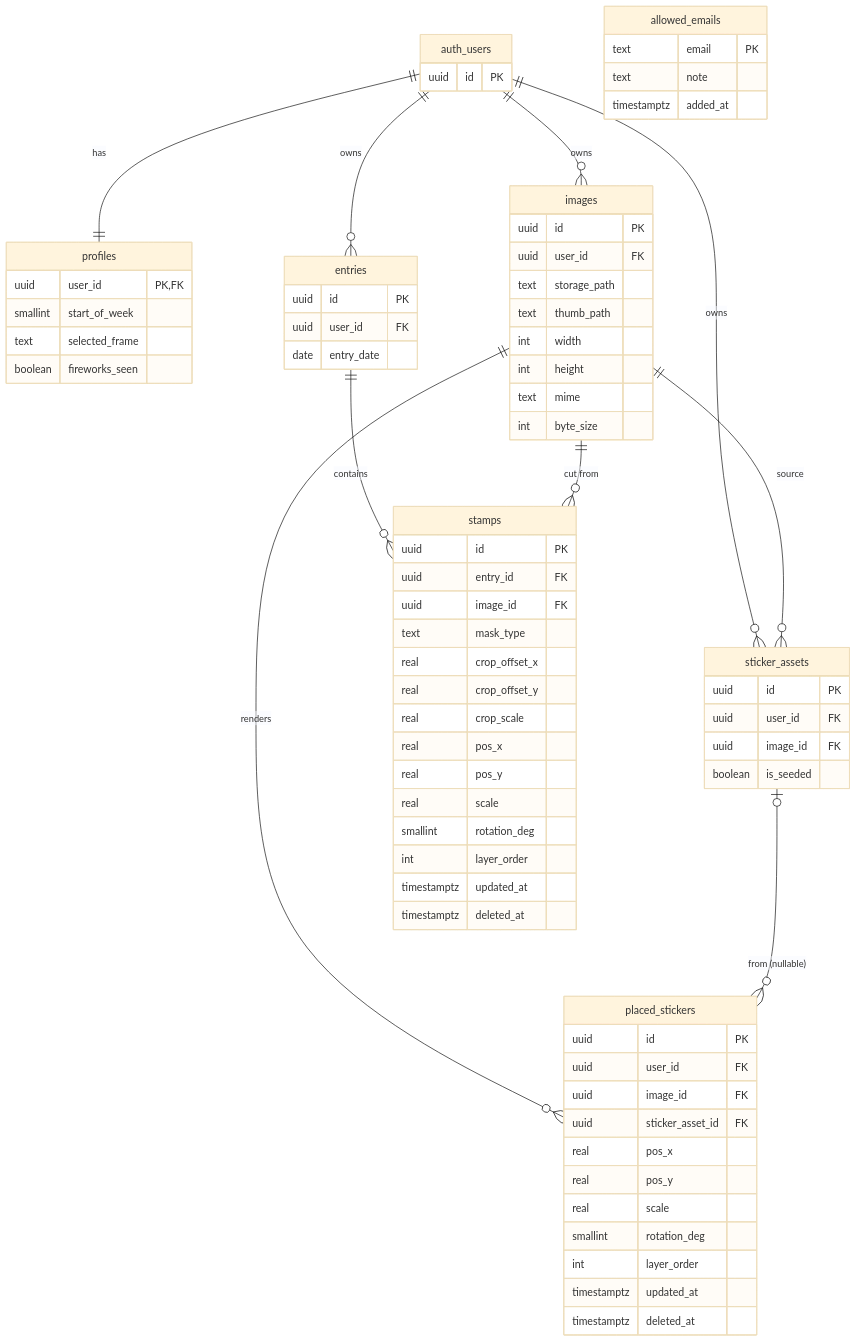
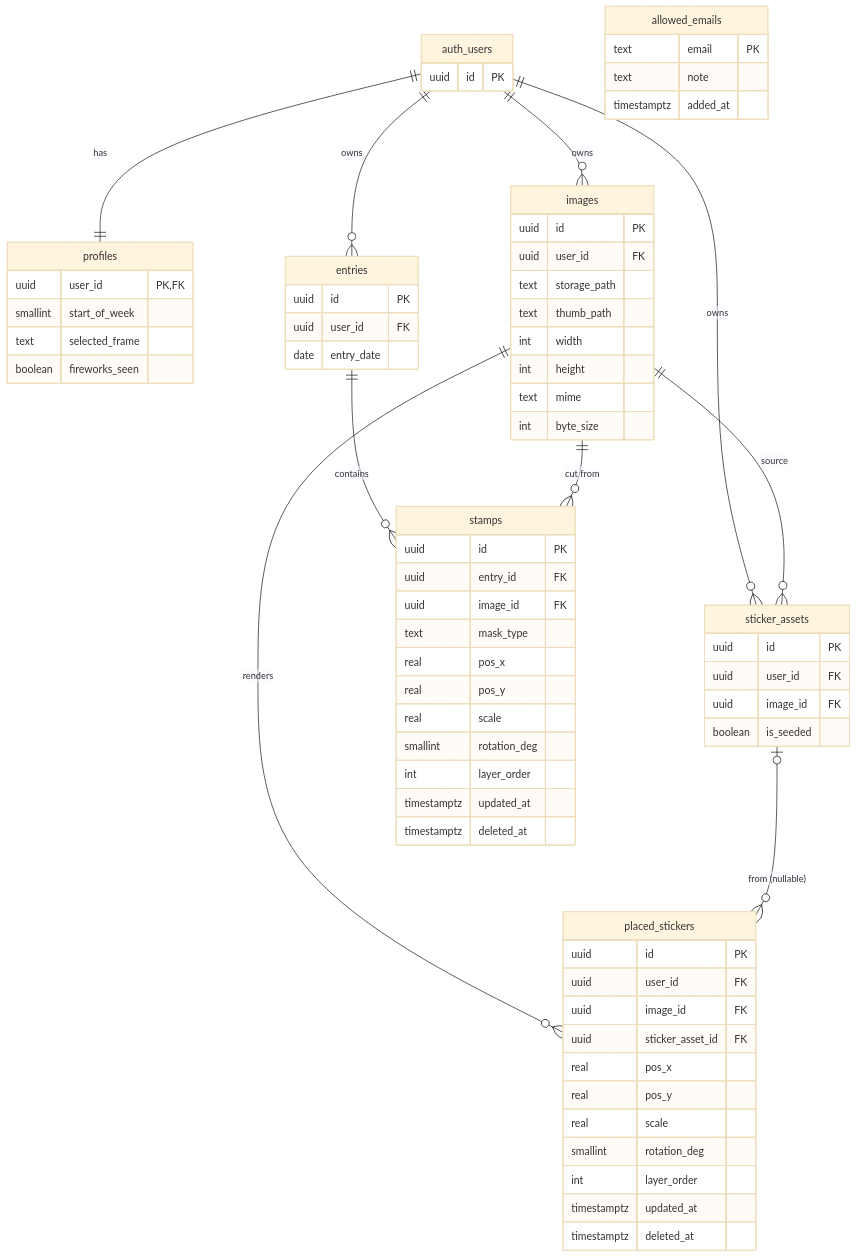
One commit to nonmeeeeeeeeeeeeeee/javis-journal changed the diagram in Wiki Javi's Journal/SCHEMA.md. Above: the diagram before and after it, drawn with Mermaid (base theme). The commit also changed other lines of this file and 24 other files, not shown here.

````diff
--- a/Wiki Javi's Journal/SCHEMA.md
+++ b/Wiki Javi's Journal/SCHEMA.md
@@ -20,77 +20,74 @@
 ```mermaid
 erDiagram
   auth_users ||--|| profiles : has
   auth_users ||--o{ images : owns
   auth_users ||--o{ entries : owns
   auth_users ||--o{ sticker_assets : owns
   entries ||--o{ stamps : contains
   images ||--o{ stamps : "cut from"
   images ||--o{ sticker_assets : "source"
   images ||--o{ placed_stickers : "renders"
   sticker_assets |o--o{ placed_stickers : "from (nullable)"
 
   auth_users {
     uuid id PK
   }
   allowed_emails {
     text email PK
     text note
     timestamptz added_at
   }
   profiles {
     uuid user_id PK,FK
     smallint start_of_week
     text selected_frame
     boolean fireworks_seen
   }
   images {
     uuid id PK
     uuid user_id FK
     text storage_path
     text thumb_path
     int width
     int height
     text mime
     int byte_size
   }
   entries {
     uuid id PK
     uuid user_id FK
     date entry_date
   }
   stamps {
     uuid id PK
     uuid entry_id FK
     uuid image_id FK
     text mask_type
-    real crop_offset_x
-    real crop_offset_y
-    real crop_scale
     real pos_x
     real pos_y
     real scale
     smallint rotation_deg
     int layer_order
     timestamptz updated_at
     timestamptz deleted_at
   }
   sticker_assets {
     uuid id PK
     uuid user_id FK
     uuid image_id FK
     boolean is_seeded
   }
   placed_stickers {
     uuid id PK
     uuid user_id FK
     uuid image_id FK
     uuid sticker_asset_id FK
     real pos_x
     real pos_y
     real scale
     smallint rotation_deg
     int layer_order
     timestamptz updated_at
     timestamptz deleted_at
   }
 ```
````
